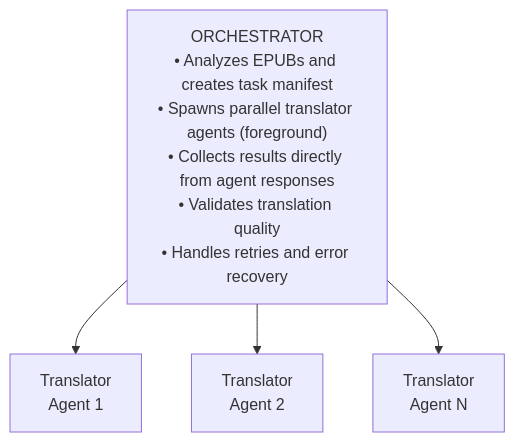
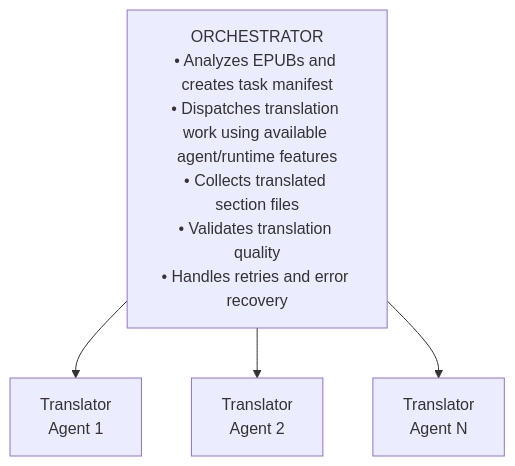
The diagram in epub-translator/SKILL.md (Nebu1eto/skills), drawn with Mermaid before and after one commit. The commit also changed other lines of this file and 10 other files, not shown here.

Commit message:
fix(epub-translator): support for multiple agents

````diff
--- a/epub-translator/SKILL.md
+++ b/epub-translator/SKILL.md
@@ -81,11 +80,11 @@
 ```mermaid
 graph TB
-    O["ORCHESTRATOR<br/>• Analyzes EPUBs and creates task manifest<br/>• Spawns parallel translator agents (foreground)<br/>• Collects results directly from agent responses<br/>• Validates translation quality<br/>• Handles retries and error recovery"]
+    O["ORCHESTRATOR<br/>• Analyzes EPUBs and creates task manifest<br/>• Dispatches translation work using available agent/runtime features<br/>• Collects translated section files<br/>• Validates translation quality<br/>• Handles retries and error recovery"]
     T1["Translator<br/>Agent 1"]
     T2["Translator<br/>Agent 2"]
     TN["Translator<br/>Agent N"]
 
     O --> T1
     O --> T2
     O --> TN
 ```
````
